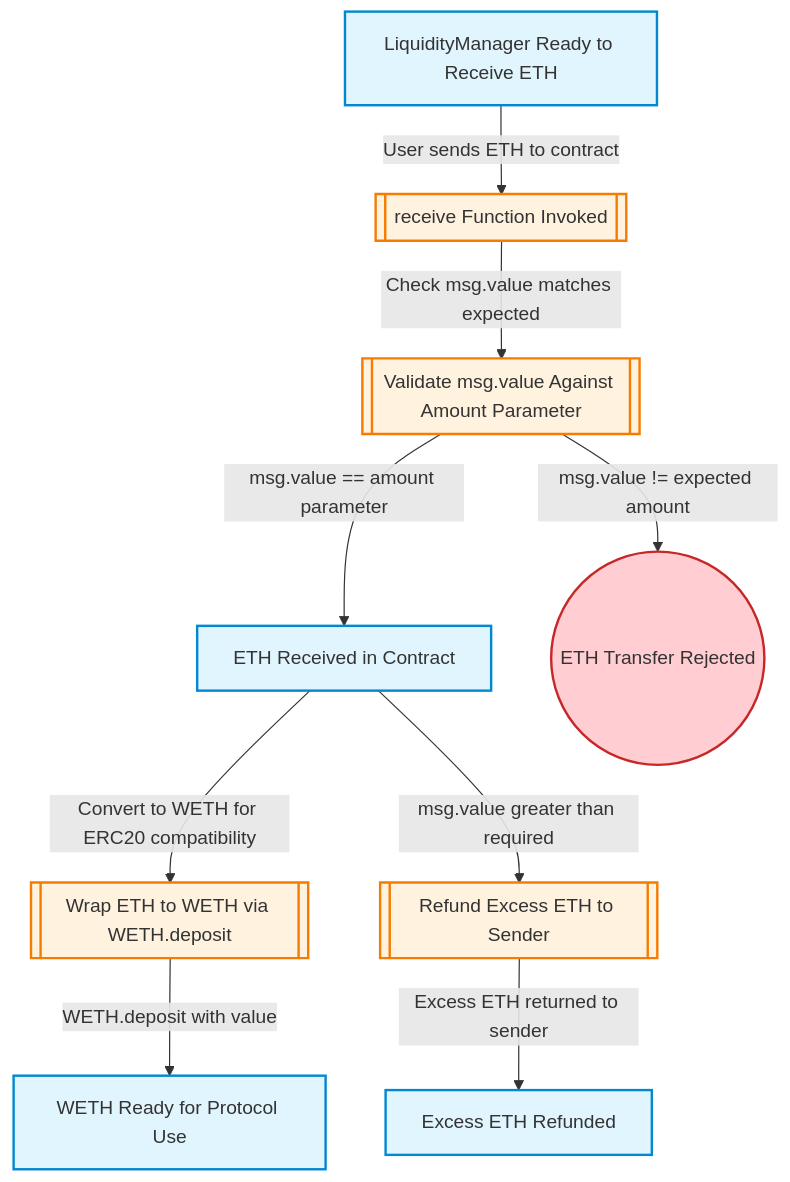
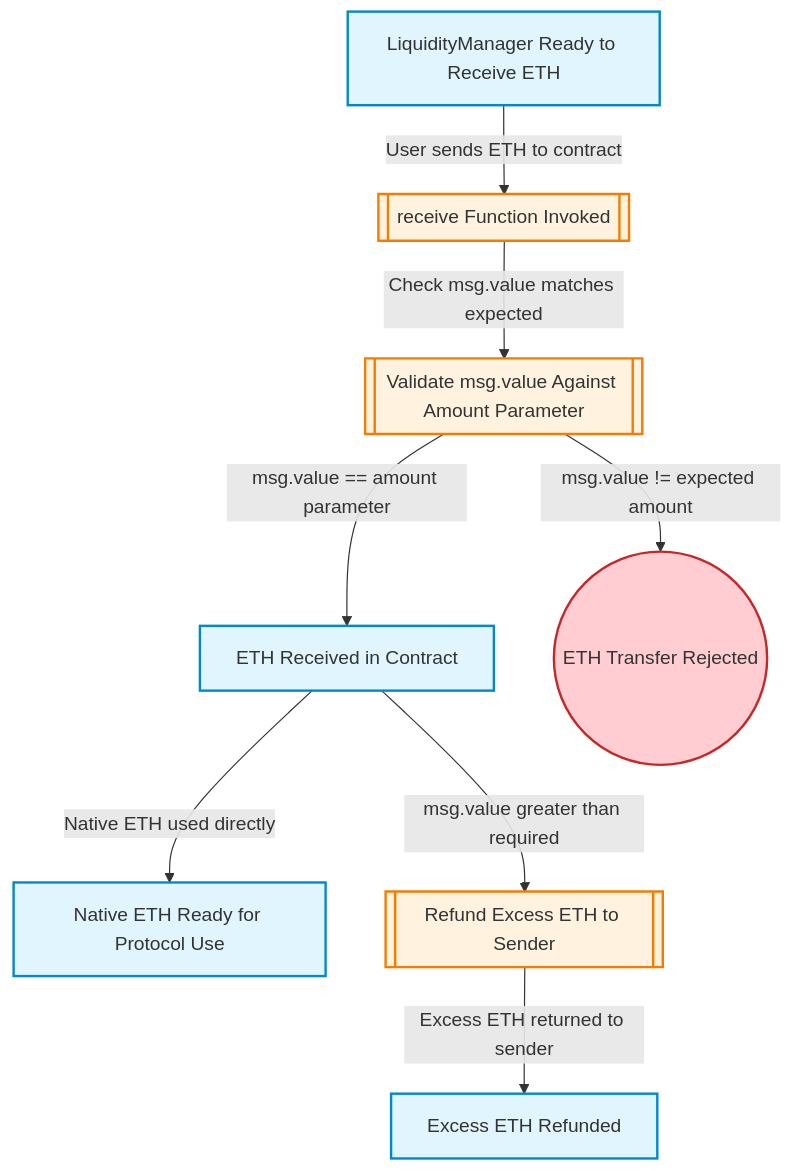
One commit to NyxFoundation/speca changed diagram 16 of 23 in outputs/specs.md. Above: the diagram before and after it, drawn with Mermaid. The commit also changed other lines of this file and 4 other files, not shown here.

````diff
--- a/outputs/specs.md
+++ b/outputs/specs.md
@@ -1390,35 +1352,32 @@
 ```mermaid
 flowchart TD
     classDef stateNode fill:#e1f5fe,stroke:#0288d1,stroke-width:2px
     classDef actionNode fill:#fff3e0,stroke:#f57c00,stroke-width:2px
     classDef errorNode fill:#ffcdd2,stroke:#c62828,stroke-width:2px
 
     STATE_LM_AWAITING_ETH["LiquidityManager Ready to Receive ETH"]
     ACTION_RECEIVE_ETH[["receive Function Invoked"]]
     ACTION_VALIDATE_MSG_VALUE[["Validate msg.value Against Amount Parameter"]]
     STATE_ETH_RECEIVED["ETH Received in Contract"]
-    ACTION_WRAP_ETH_TO_WETH[["Wrap ETH to WETH via WETH.deposit"]]
-    STATE_WETH_READY["WETH Ready for Protocol Use"]
+    STATE_ETH_READY["Native ETH Ready for Protocol Use"]
     ACTION_REFUND_EXCESS_ETH[["Refund Excess ETH to Sender"]]
     STATE_ETH_REFUNDED["Excess ETH Refunded"]
     STATE_ETH_REJECTED(("ETH Transfer Rejected"))
 
     STATE_LM_AWAITING_ETH -->|User sends ETH to contract| ACTION_RECEIVE_ETH
     ACTION_RECEIVE_ETH -->|Check msg.value matches expected| ACTION_VALIDATE_MSG_VALUE
     ACTION_VALIDATE_MSG_VALUE -->|msg.value == amount parameter| STATE_ETH_RECEIVED
     ACTION_VALIDATE_MSG_VALUE -->|msg.value != expected amount| STATE_ETH_REJECTED
-    STATE_ETH_RECEIVED -->|Convert to WETH for ERC20 compatibility| ACTION_WRAP_ETH_TO_WETH
+    STATE_ETH_RECEIVED -->|Native ETH used directly| STATE_ETH_READY
     STATE_ETH_RECEIVED -->|msg.value greater than required| ACTION_REFUND_EXCESS_ETH
-    ACTION_WRAP_ETH_TO_WETH -->|WETH.deposit with value| STATE_WETH_READY
     ACTION_REFUND_EXCESS_ETH -->|Excess ETH returned to sender| STATE_ETH_REFUNDED
 
     class STATE_LM_AWAITING_ETH stateNode
     class ACTION_RECEIVE_ETH actionNode
     class ACTION_VALIDATE_MSG_VALUE actionNode
     class STATE_ETH_RECEIVED stateNode
-    class ACTION_WRAP_ETH_TO_WETH actionNode
-    class STATE_WETH_READY stateNode
+    class STATE_ETH_READY stateNode
     class ACTION_REFUND_EXCESS_ETH actionNode
     class STATE_ETH_REFUNDED stateNode
     class STATE_ETH_REJECTED errorNode
 ```
````
